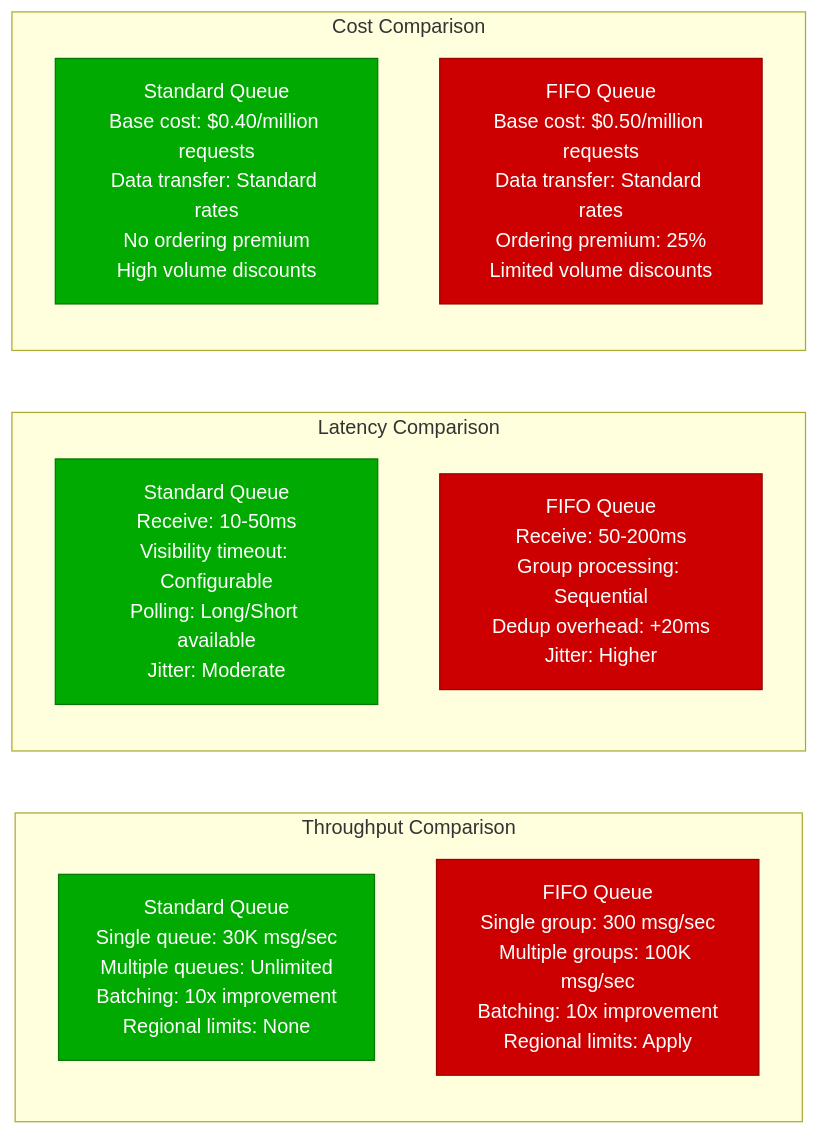
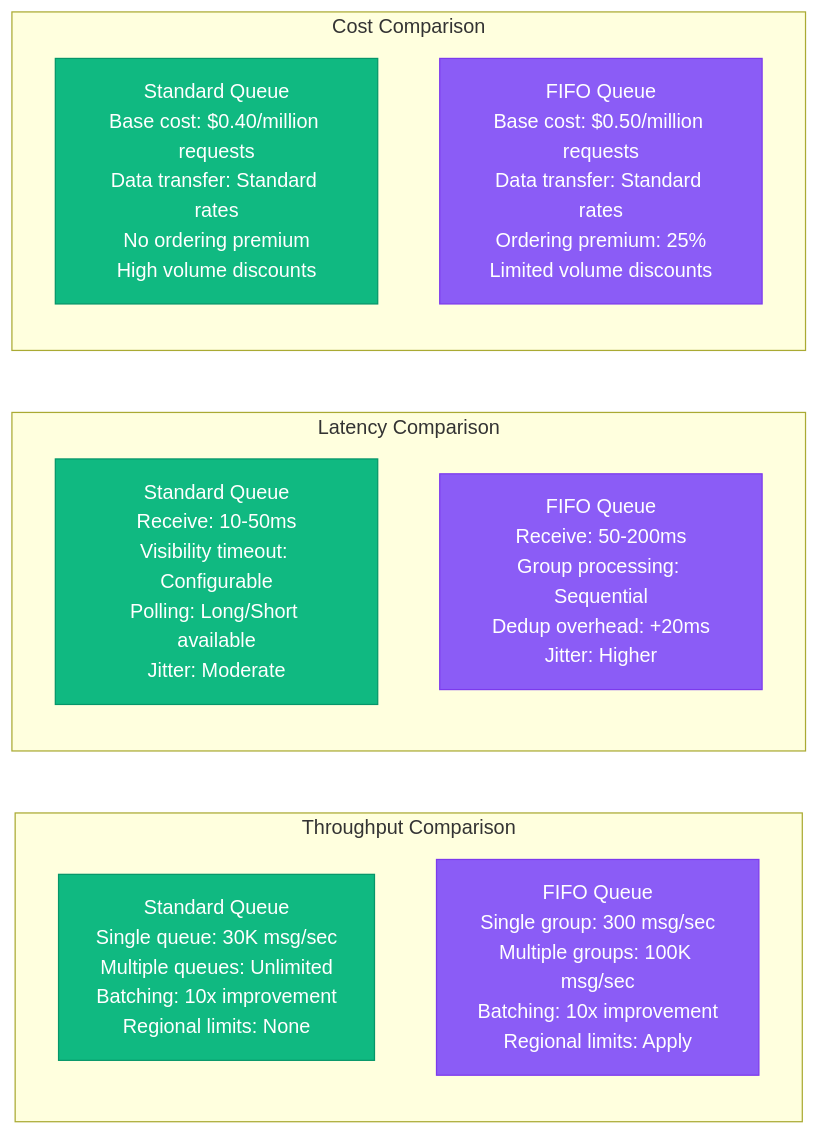
One commit to deepaucksharma/DS changed the third of 13 diagrams in site/docs/performance/sqs-sns-performance-profile.md. Above: the diagram before and after it, drawn with Mermaid. The commit also changed other lines of this file and 303 other files, not shown here.

````diff
--- a/site/docs/performance/sqs-sns-performance-profile.md
+++ b/site/docs/performance/sqs-sns-performance-profile.md
@@ -77,26 +77,26 @@
 ```mermaid
 graph LR
     subgraph "Throughput Comparison"
         THR1[Standard Queue<br/>Single queue: 30K msg/sec<br/>Multiple queues: Unlimited<br/>Batching: 10x improvement<br/>Regional limits: None]
 
         THR2[FIFO Queue<br/>Single group: 300 msg/sec<br/>Multiple groups: 100K msg/sec<br/>Batching: 10x improvement<br/>Regional limits: Apply]
     end
 
     subgraph "Latency Comparison"
         LAT1[Standard Queue<br/>Receive: 10-50ms<br/>Visibility timeout: Configurable<br/>Polling: Long/Short available<br/>Jitter: Moderate]
 
         LAT2[FIFO Queue<br/>Receive: 50-200ms<br/>Group processing: Sequential<br/>Dedup overhead: +20ms<br/>Jitter: Higher]
     end
 
     subgraph "Cost Comparison"
         COST1[Standard Queue<br/>Base cost: $0.40/million requests<br/>Data transfer: Standard rates<br/>No ordering premium<br/>High volume discounts]
 
         COST2[FIFO Queue<br/>Base cost: $0.50/million requests<br/>Data transfer: Standard rates<br/>Ordering premium: 25%<br/>Limited volume discounts]
     end
 
-    classDef standardStyle fill:#00AA00,stroke:#007700,color:#fff
-    classDef fifoStyle fill:#CC0000,stroke:#990000,color:#fff
+    classDef standardStyle fill:#10B981,stroke:#059669,color:#fff
+    classDef fifoStyle fill:#8B5CF6,stroke:#7C3AED,color:#fff
 
     class THR1,LAT1,COST1 standardStyle
     class THR2,LAT2,COST2 fifoStyle
 ```
````
